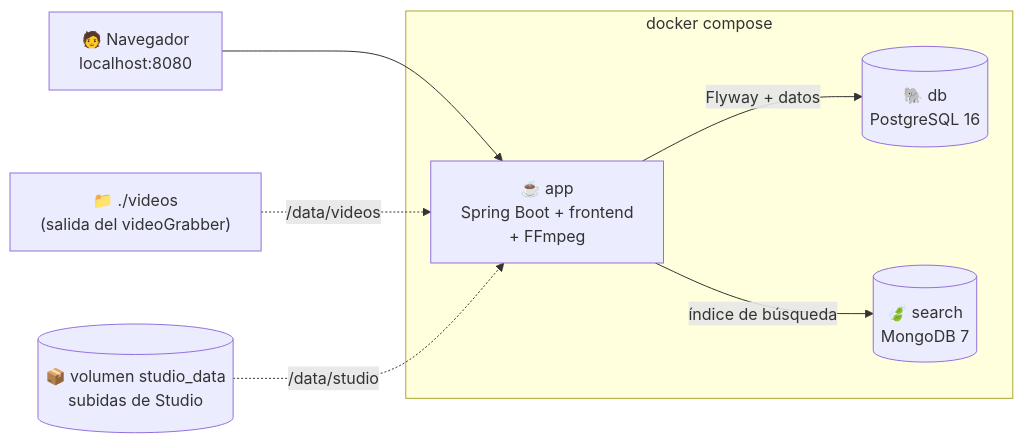
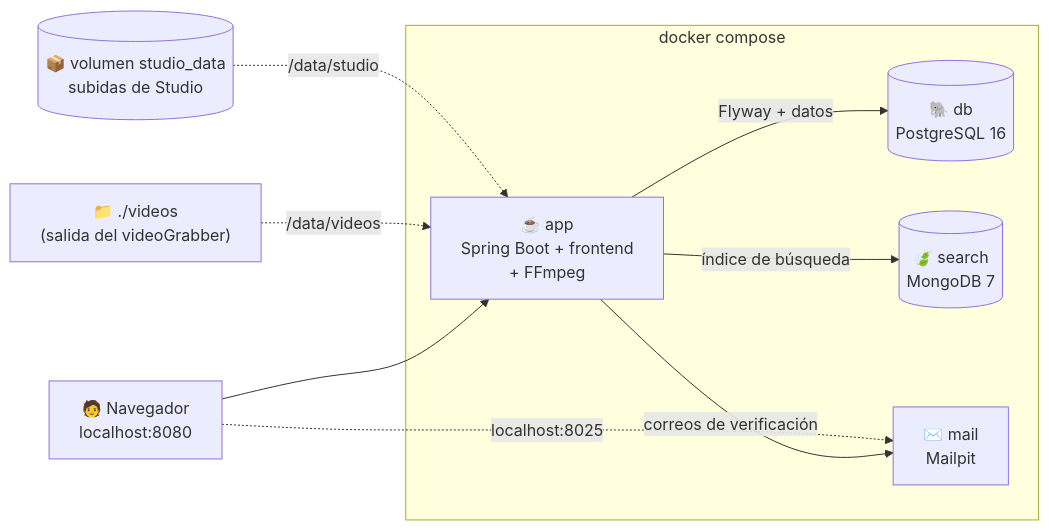
The diagram in docs/DOCKER.md (Criiiss/protube_labG2), drawn with Mermaid before and after one commit. The commit also changed other lines of this file and 1 other file, not shown here.

First line of the commit message:
Docker: test mail server (Mailpit) and end-user testing guide

````diff
--- a/docs/DOCKER.md
+++ b/docs/DOCKER.md
@@ -6,13 +6,16 @@
 ```mermaid
 flowchart LR
     U["🧑 Navegador<br/>localhost:8080"] --> APP
     subgraph compose["docker compose"]
         APP["☕ app<br/>Spring Boot + frontend<br/>+ FFmpeg"]
         DB[("🐘 db<br/>PostgreSQL 16")]
         MG[("🍃 search<br/>MongoDB 7")]
+        ML["✉️ mail<br/>Mailpit"]
     end
+    APP -->|correos de verificación| ML
+    U -.->|localhost:8025| ML
     APP -->|Flyway + datos| DB
     APP -->|índice de búsqueda| MG
     V["📁 ./videos<br/>(salida del videoGrabber)"] -.->|/data/videos| APP
     S[("📦 volumen studio_data<br/>subidas de Studio")] -.->|/data/studio| APP
 ```
````
